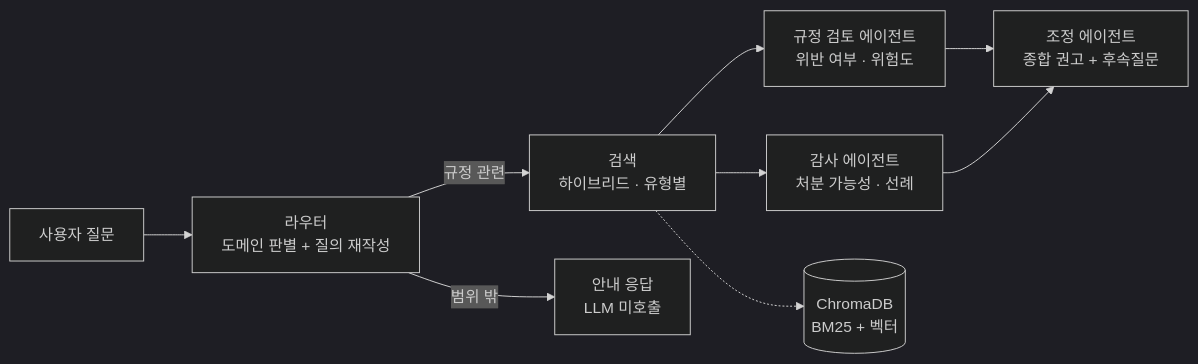
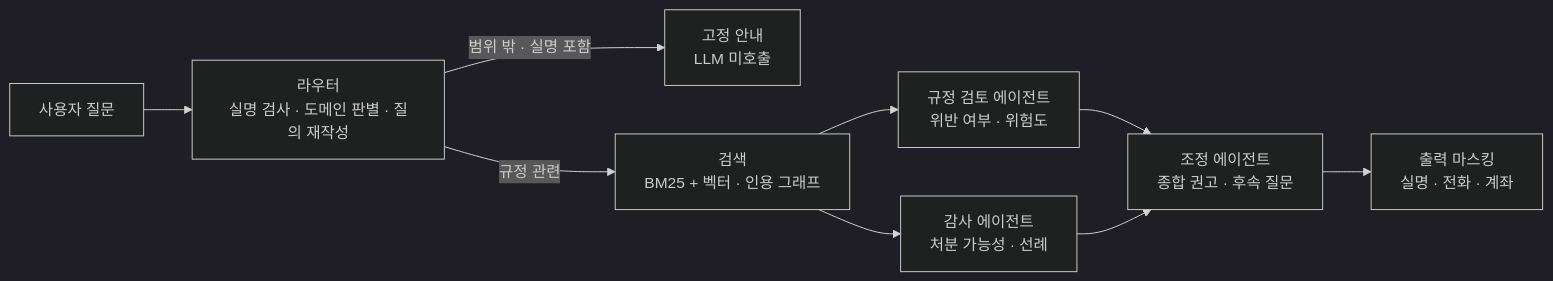
Before and after one commit to Patrick-SCH03/Student-Council_AI_Agent: the first of 2 diagrams in README.md, drawn with Mermaid (dark theme). The commit also changed other lines of this file, not shown here.

````diff
--- a/README.md
+++ b/README.md
@@ -90,11 +91,11 @@
 ```mermaid
 flowchart LR
-    U["사용자 질문"] --> RT["라우터<br/>도메인 판별 + 질의 재작성"]
-    RT -->|규정 관련| RE["검색<br/>하이브리드 · 유형별"]
-    RT -->|범위 밖| OO["안내 응답<br/>LLM 미호출"]
+    U["사용자 질문"] --> RT["라우터<br/>실명 검사 · 도메인 판별 · 질의 재작성"]
+    RT -->|범위 밖 · 실명 포함| OO["고정 안내<br/>LLM 미호출"]
+    RT -->|규정 관련| RE["검색<br/>BM25 + 벡터 · 인용 그래프"]
     RE --> RV["규정 검토 에이전트<br/>위반 여부 · 위험도"]
     RE --> AD["감사 에이전트<br/>처분 가능성 · 선례"]
-    RV --> CO["조정 에이전트<br/>종합 권고 + 후속질문"]
+    RV --> CO["조정 에이전트<br/>종합 권고 · 후속 질문"]
     AD --> CO
-    RE -.-> DB[("ChromaDB<br/>BM25 + 벡터")]
+    CO --> MK["출력 마스킹<br/>실명 · 전화 · 계좌"]
 ```
````
